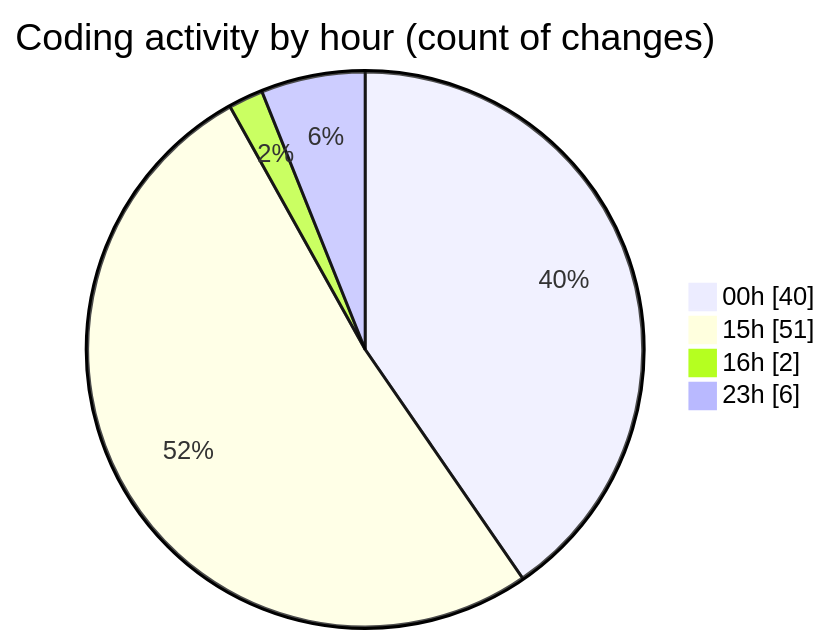
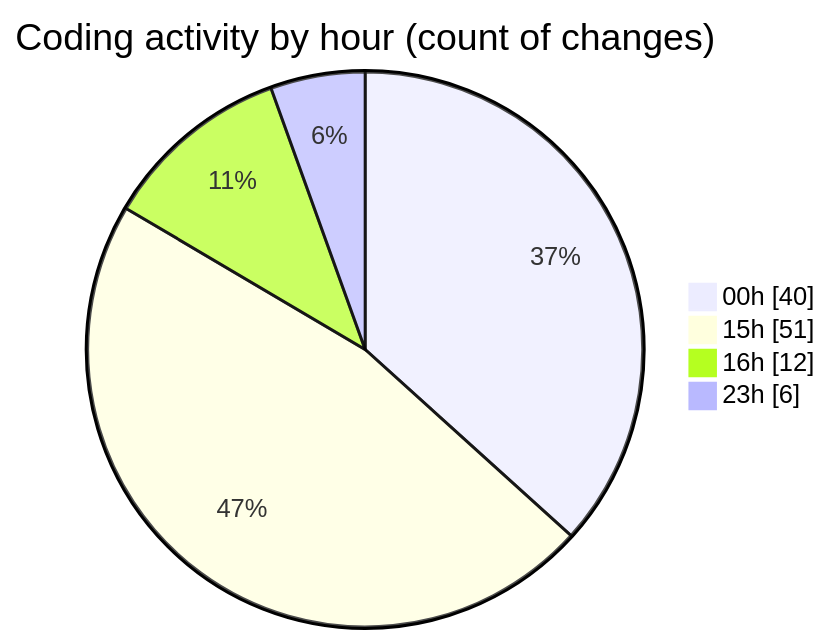
The second of 2 diagrams in 2025-05-03/date/README.md (Netris89/code-tracking), drawn with Mermaid before and after one commit. The commit also changed other lines of this file and 1 other file, not shown here.

````diff
--- a/2025-05-03/date/README.md
+++ b/2025-05-03/date/README.md
@@ -39,8 +39,8 @@
 ```mermaid
 pie showData
 title Coding activity by hour (count of changes)
 "00h" : 40
 "15h" : 51
-"16h" : 2
+"16h" : 12
 "23h" : 6
 ```
````
